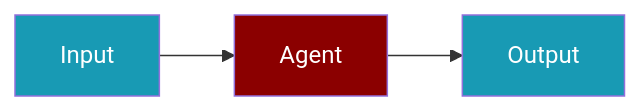
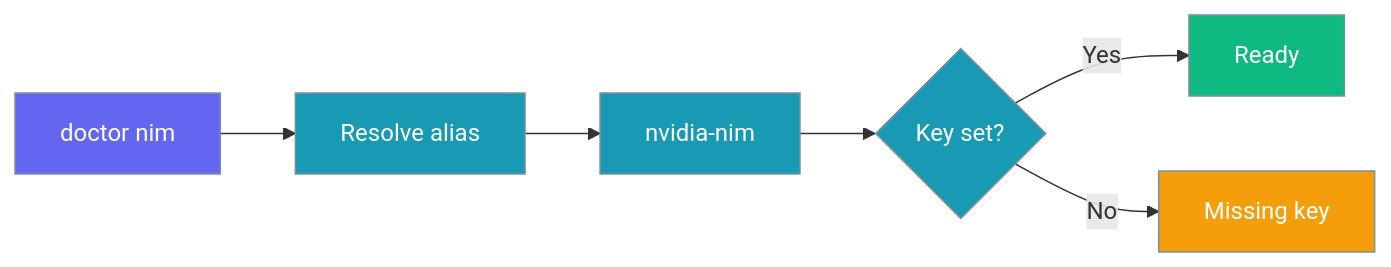
One commit to MervinPraison/PraisonAIDocs changed the diagram in docs/js/providers/nvidia-nim-cli.mdx. Above: the diagram before and after it, drawn with Mermaid. The commit also changed other lines of this file and 3 other files, not shown here.

Commit message:
docs(js): rewrite NVIDIA NIM provider pages for shipped TS implementation (fixes #4583)

````diff
--- a/docs/js/providers/nvidia-nim-cli.mdx
+++ b/docs/js/providers/nvidia-nim-cli.mdx
@@ -7,11 +10,18 @@
 ```mermaid
 graph LR
-    U[Input] --> A[Agent]
-    A --> O[Output]
+    C[doctor nim] --> R[Resolve alias]
+    R --> P[nvidia-nim]
+    P --> K{Key set?}
+    K -->|Yes| OK[Ready]
+    K -->|No| M[Missing key]
 
-    classDef agent fill:#8B0000,color:#fff
-    classDef tool fill:#189AB4,color:#fff
+    classDef cmd fill:#6366F1,stroke:#7C90A0,color:#fff
+    classDef proc fill:#189AB4,stroke:#7C90A0,color:#fff
+    classDef ok fill:#10B981,stroke:#7C90A0,color:#fff
+    classDef warn fill:#F59E0B,stroke:#7C90A0,color:#fff
 
-    class A agent
-    class U,O tool
+    class C cmd
+    class R,P,K proc
+    class OK ok
+    class M warn
 ```
````
